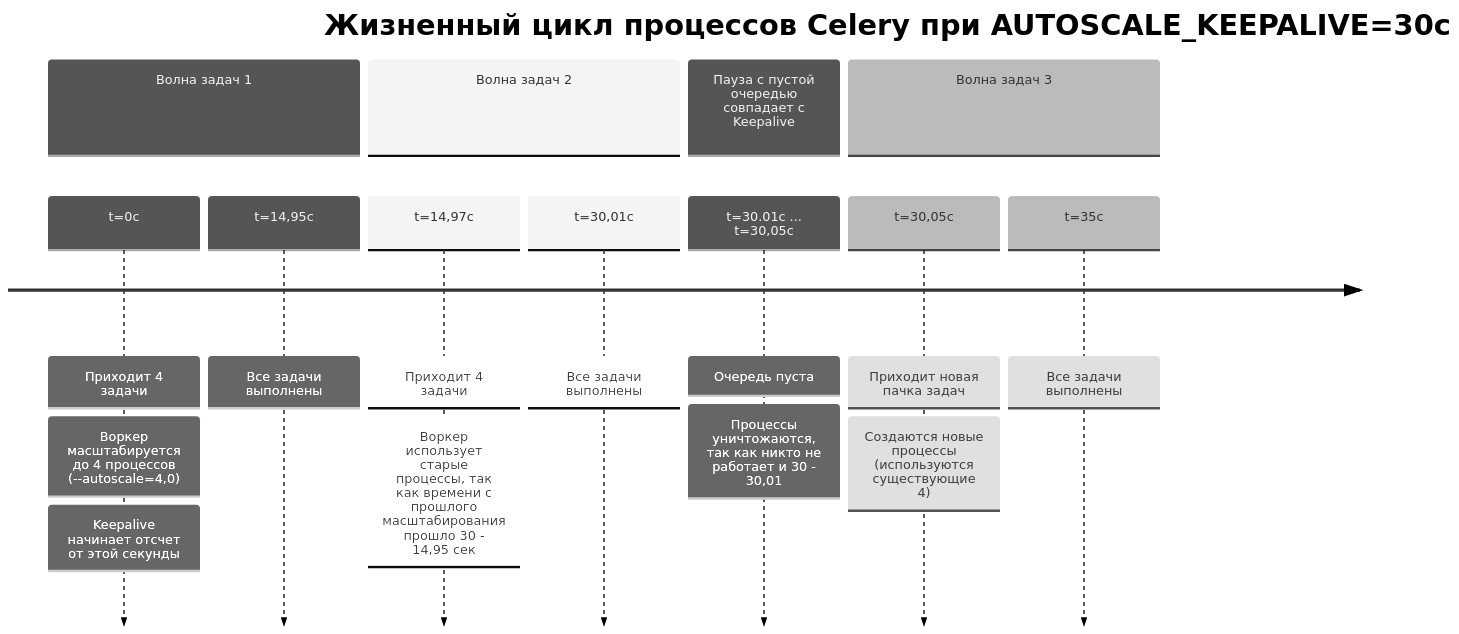
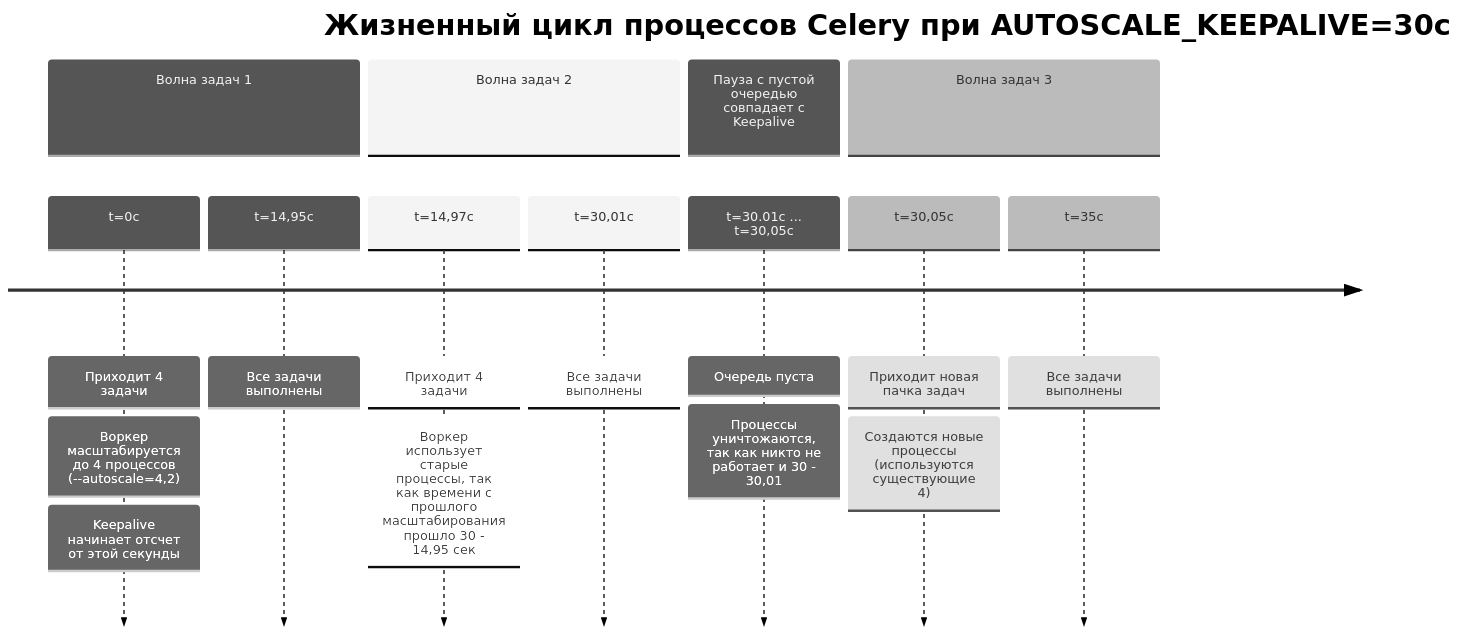
One commit to okolobackend/Celery-Architecture-and-Scaling changed the diagram in docs/01_articles/01_prefork/README.md. Above: the diagram before and after it, drawn with Mermaid (neutral theme). The commit also changed other lines of this file, not shown here.

````diff
--- a/docs/01_articles/01_prefork/README.md
+++ b/docs/01_articles/01_prefork/README.md
@@ -89,20 +93,20 @@
 ```mermaid
 timeline
     title Жизненный цикл процессов Celery при AUTOSCALE_KEEPALIVE=30с
     section Волна задач 1
         t=0с : Приходит 4 задачи
-            : Воркер масштабируется до 4 процессов (--autoscale=4,0)
+            : Воркер масштабируется до 4 процессов (--autoscale=4,2)
             : Keepalive начинает отсчет от этой секунды
         t=14,95с : Все задачи выполнены
     section Волна задач 2
         t=14,97с : Приходит 4 задачи
             : Воркер использует старые процессы, так как времени с прошлого масштабирования прошло 30 - 14,95 сек
         t=30,01с : Все задачи выполнены
     section Пауза с пустой очередью совпадает с Keepalive
         t=30.01с ... t=30,05с : Очередь пуста
             : Процессы уничтожаются, так как никто не работает и 30 - 30,01
     section Волна задач 3
         t=30,05с : Приходит новая пачка задач
             : Создаются новые процессы<br>(используются существующие 4)
         t=35с : Все задачи выполнены
 ```
````
